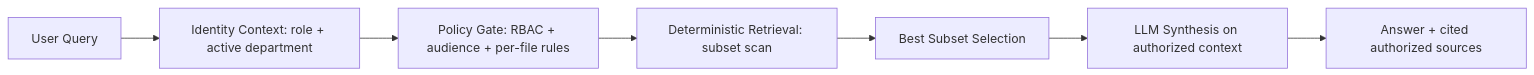
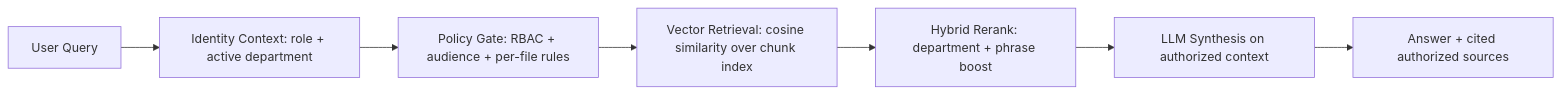
Before and after one commit to tong-mini-mac/RAG-Destroyer: the diagram in README.md, drawn with Mermaid. The commit also changed other lines of this file and 33 other files, not shown here.

````diff
--- a/README.md
+++ b/README.md
@@ -84,9 +92,9 @@
 ```mermaid
 flowchart LR
     U[User Query] --> I[Identity Context: role + active department]
     I --> P[Policy Gate: RBAC + audience + per-file rules]
-    P --> R[Deterministic Retrieval: subset scan]
-    R --> S[Best Subset Selection]
+    P --> R[Vector Retrieval: cosine similarity over chunk index]
+    R --> S[Hybrid Rerank: department + phrase boost]
     S --> L[LLM Synthesis on authorized context]
     L --> A[Answer + cited authorized sources]
 ```
````
